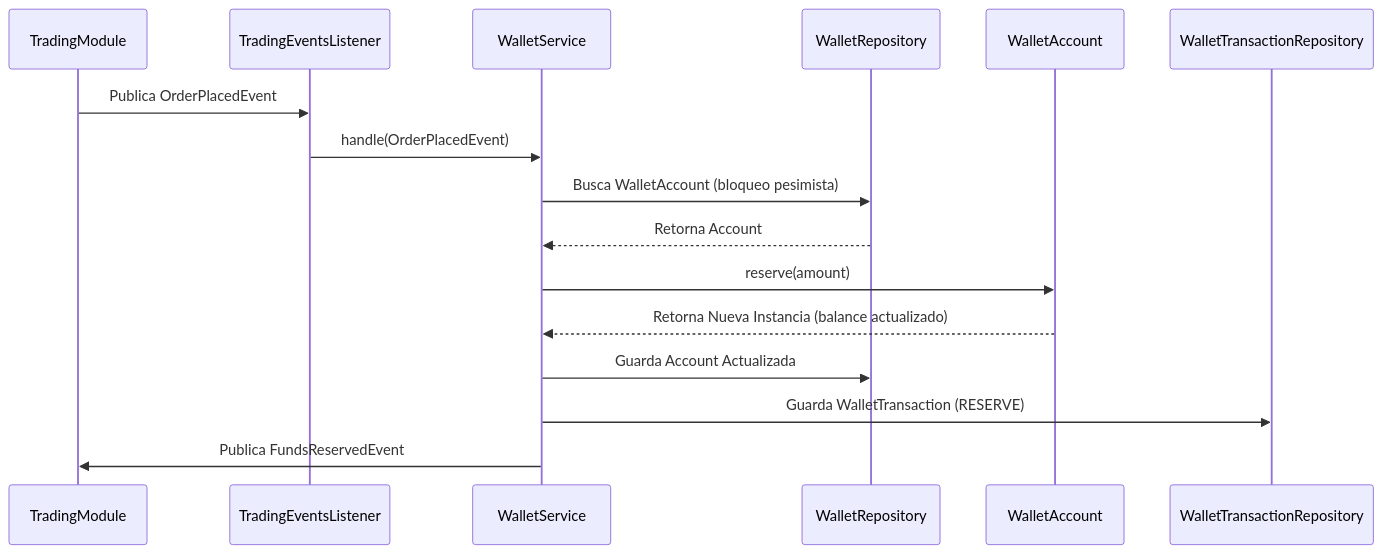
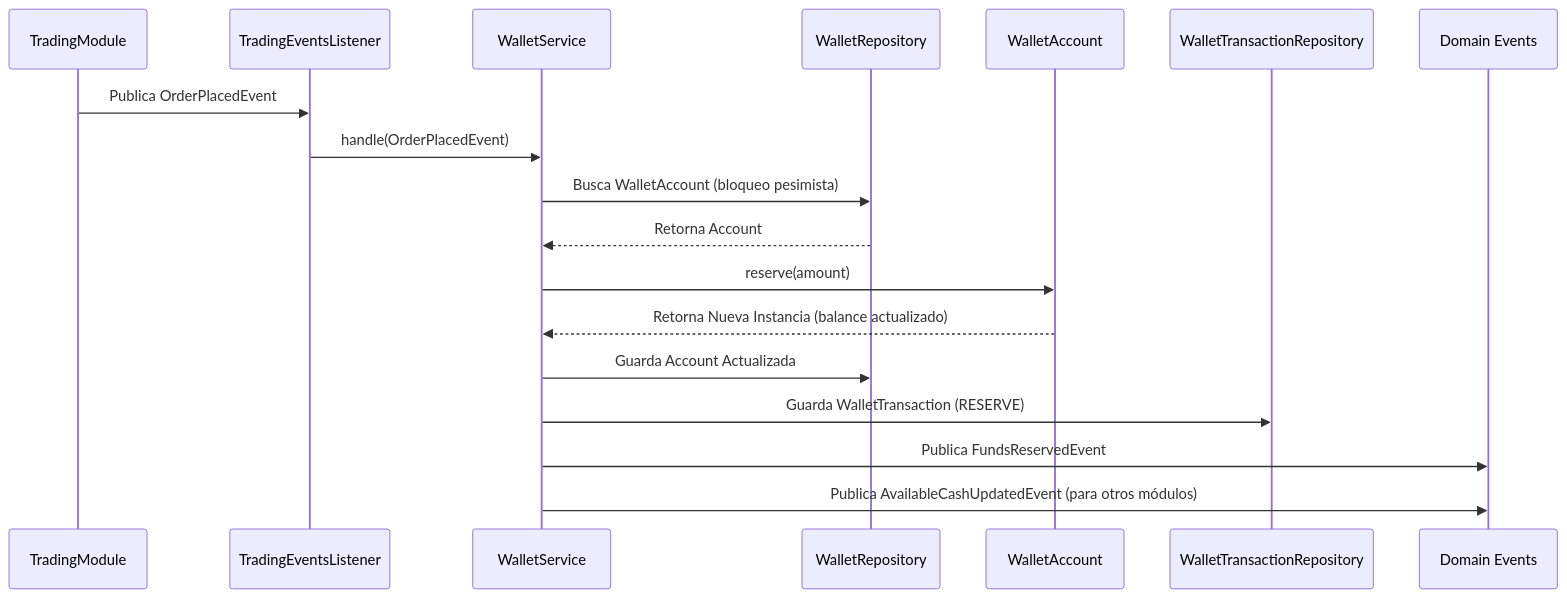
Before and after one commit to SergioGarciaRuiz557/EZTrade: the second of 2 diagrams in EZTrade/backend/src/main/java/com/trading/platform/eztrade/wallet/wallet.md, drawn with Mermaid. The commit also changed other lines of this file and 28 other files, not shown here.

````diff
--- a/EZTrade/backend/src/main/java/com/trading/platform/eztrade/wallet/wallet.md
+++ b/EZTrade/backend/src/main/java/com/trading/platform/eztrade/wallet/wallet.md
@@ -211,19 +222,21 @@
 ```mermaid
 sequenceDiagram
     participant TradingModule
     participant Listener as TradingEventsListener
     participant Service as WalletService
     participant Repo as WalletRepository
     participant Account as WalletAccount
     participant Ledger as WalletTransactionRepository
+    participant EventBus as Domain Events
 
     TradingModule->>Listener: Publica OrderPlacedEvent
     Listener->>Service: handle(OrderPlacedEvent)
     Service->>Repo: Busca WalletAccount (bloqueo pesimista)
     Repo-->>Service: Retorna Account
     Service->>Account: reserve(amount)
     Account-->>Service: Retorna Nueva Instancia (balance actualizado)
     Service->>Repo: Guarda Account Actualizada
     Service->>Ledger: Guarda WalletTransaction (RESERVE)
-    Service->>TradingModule: Publica FundsReservedEvent
+    Service->>EventBus: Publica FundsReservedEvent
+    Service->>EventBus: Publica AvailableCashUpdatedEvent (para otros módulos)
 ```
````
